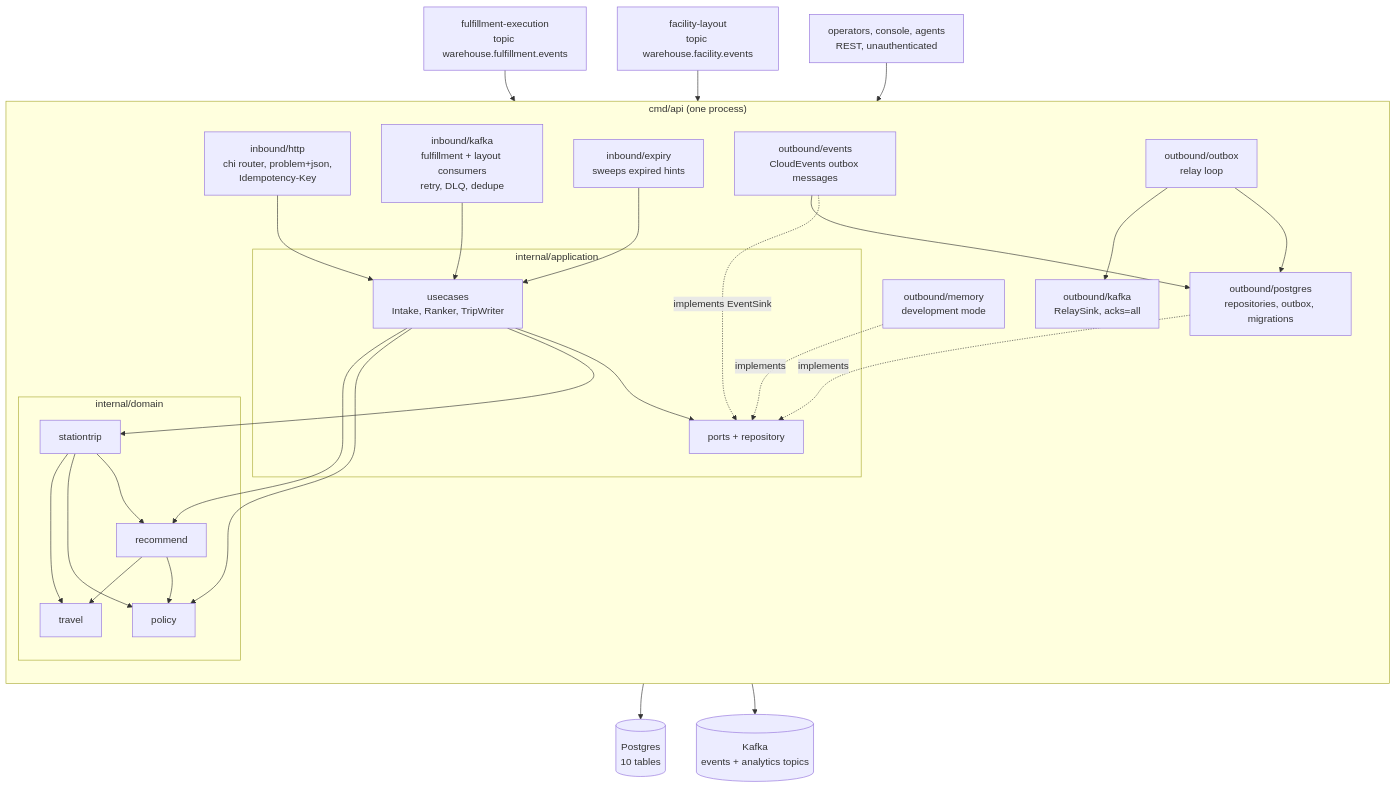
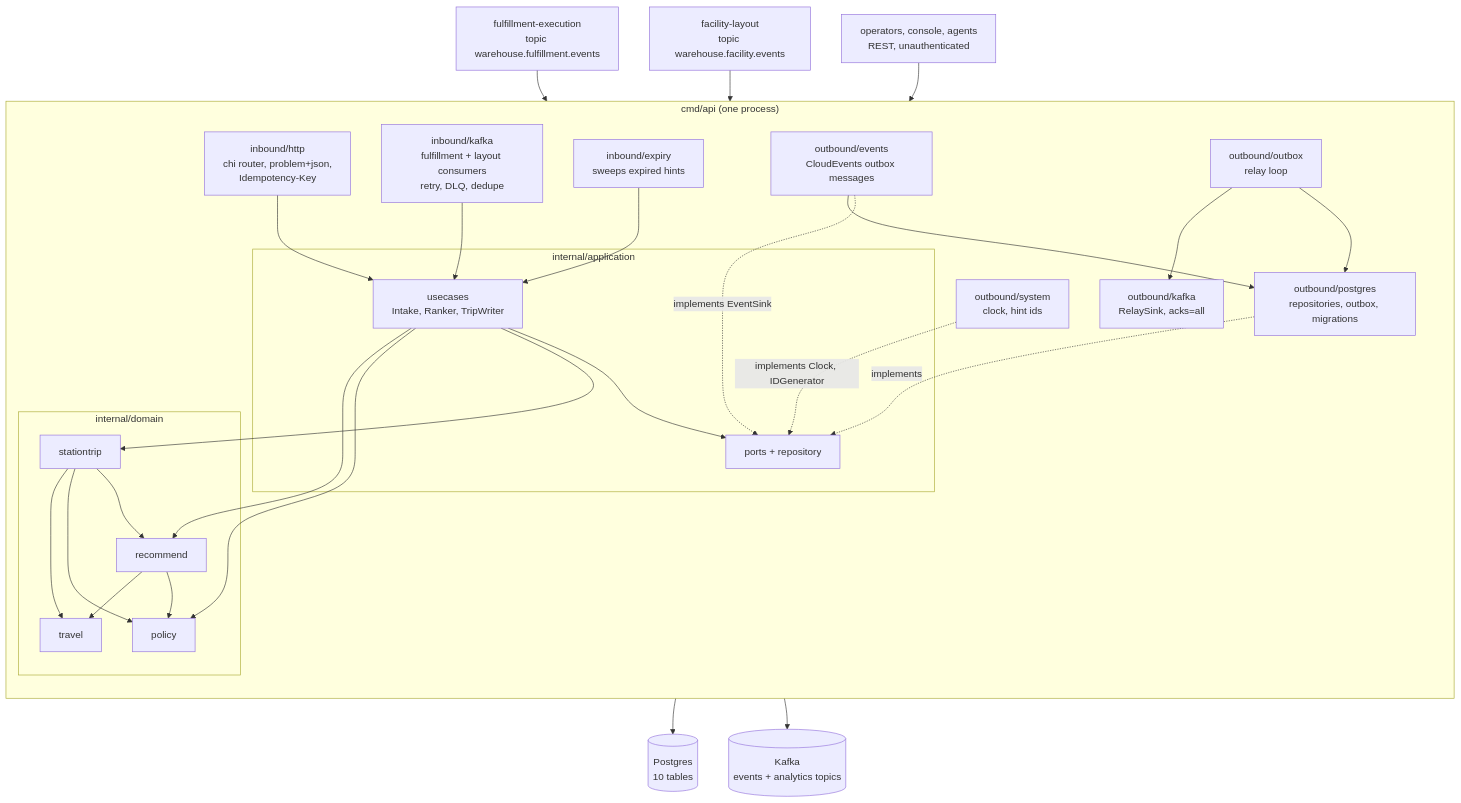
One commit to IQVO/task-interleaving changed the diagram in docs/docs/overview/architecture.md. Above: the diagram before and after it, drawn with Mermaid. The commit also changed other lines of this file and 5 other files, not shown here.

First line of the commit message:
feat(wiring): supervise the consumers; docs: introduction, architecture, quickstart

````diff
--- a/docs/docs/overview/architecture.md
+++ b/docs/docs/overview/architecture.md
@@ -70,52 +71,52 @@
 ```mermaid
 flowchart TB
     FE["fulfillment-execution<br/>topic warehouse.fulfillment.events"]
     FL["facility-layout<br/>topic warehouse.facility.events"]
     CLI["operators, console, agents<br/>REST, unauthenticated"]
     subgraph svc["cmd/api (one process)"]
         direction TB
         http["inbound/http<br/>chi router, problem+json,<br/>Idempotency-Key"]
         kin["inbound/kafka<br/>fulfillment + layout consumers<br/>retry, DLQ, dedupe"]
         exp["inbound/expiry<br/>sweeps expired hints"]
         subgraph app["internal/application"]
             uc["usecases<br/>Intake, Ranker, TripWriter"]
             ports["ports + repository"]
         end
         subgraph dom["internal/domain"]
             st["stationtrip"]
             po["policy"]
             rc["recommend"]
             tr["travel"]
         end
         ev["outbound/events<br/>CloudEvents outbox messages"]
         relay["outbound/outbox<br/>relay loop"]
         kout["outbound/kafka<br/>RelaySink, acks=all"]
         pgad["outbound/postgres<br/>repositories, outbox, migrations"]
-        mem["outbound/memory<br/>development mode"]
+        sys["outbound/system<br/>clock, hint ids"]
     end
     PG[("Postgres<br/>10 tables")]
     KB[("Kafka<br/>events + analytics topics")]
     FE --> kin
     FL --> kin
     CLI --> http
     http --> uc
     kin --> uc
     exp --> uc
     uc --> ports
     uc --> st
     uc --> po
     uc --> rc
     st --> rc
     st --> po
     st --> tr
     rc --> po
     rc --> tr
     pgad -. implements .-> ports
-    mem -. implements .-> ports
+    sys -. implements Clock, IDGenerator .-> ports
     ev -. implements EventSink .-> ports
     ev --> pgad
     pgad --> PG
     relay --> pgad
     relay --> kout
     kout --> KB
 ```
````
